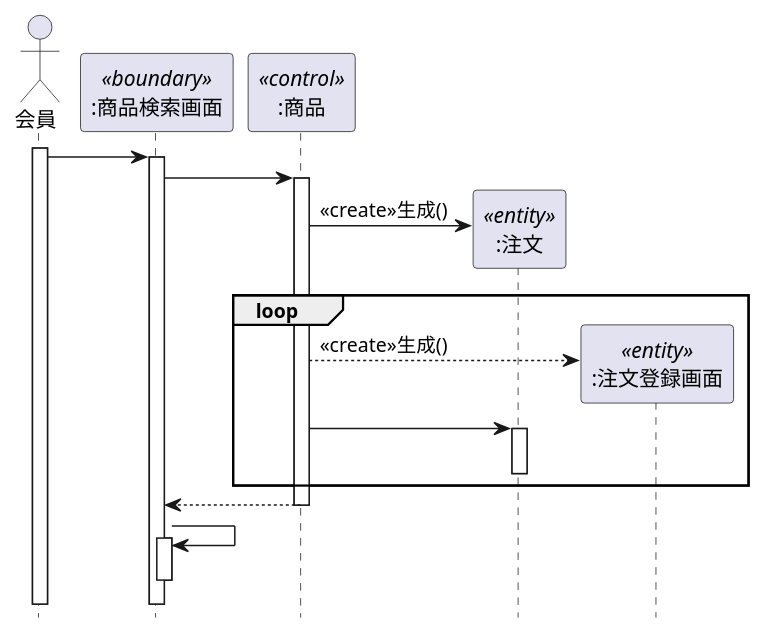
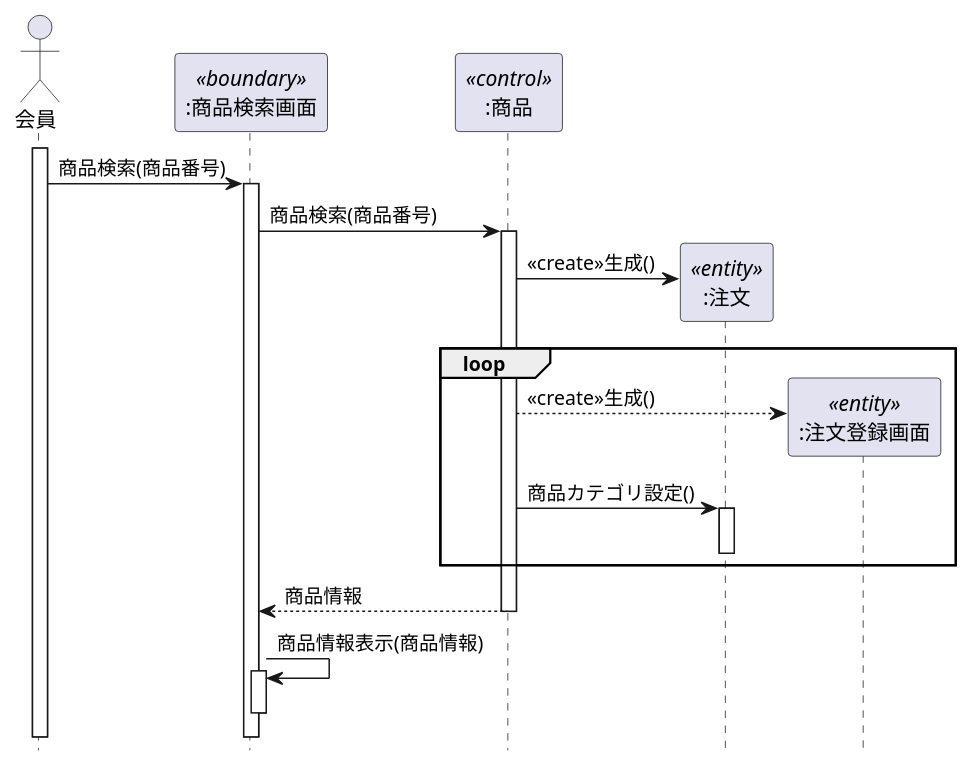
The diagram in 演習4-5_SD_商品情報検索.pu (youryota/uml-introduction), drawn with PlantUML before and after one commit.

Commit message:
編集

```diff
--- a/演習4-5_SD_商品情報検索.pu
+++ b/演習4-5_SD_商品情報検索.pu
@@ -1,30 +1,30 @@
 @startuml
 hide footbox
 actor 会員 as u1
 participant ":商品検索画面" as a1 <<boundary>>
 participant ":商品" as a2 <<control>>
 participant ":注文" as a3 <<entity>>
 participant ":注文登録画面" as a4 <<entity>>
 activate u1
-u1->a1
+u1->a1:商品検索(商品番号)
 activate a1
-a1->a2
+a1->a2:商品検索(商品番号)
 activate a2
 create a3
 a2->a3:<<create>>生成()
 
 
 loop 
 create a4
 a2-->a4:<<create>>生成()
-a2->a3
+a2->a3:商品カテゴリ設定()
 activate a3
 deactivate a3
 
 end loop
-a2-->a1
+a2-->a1:商品情報
 deactivate a2
-a1->a1
+a1->a1:商品情報表示(商品情報)
 activate a1
 deactivate a1
 @enduml
```
